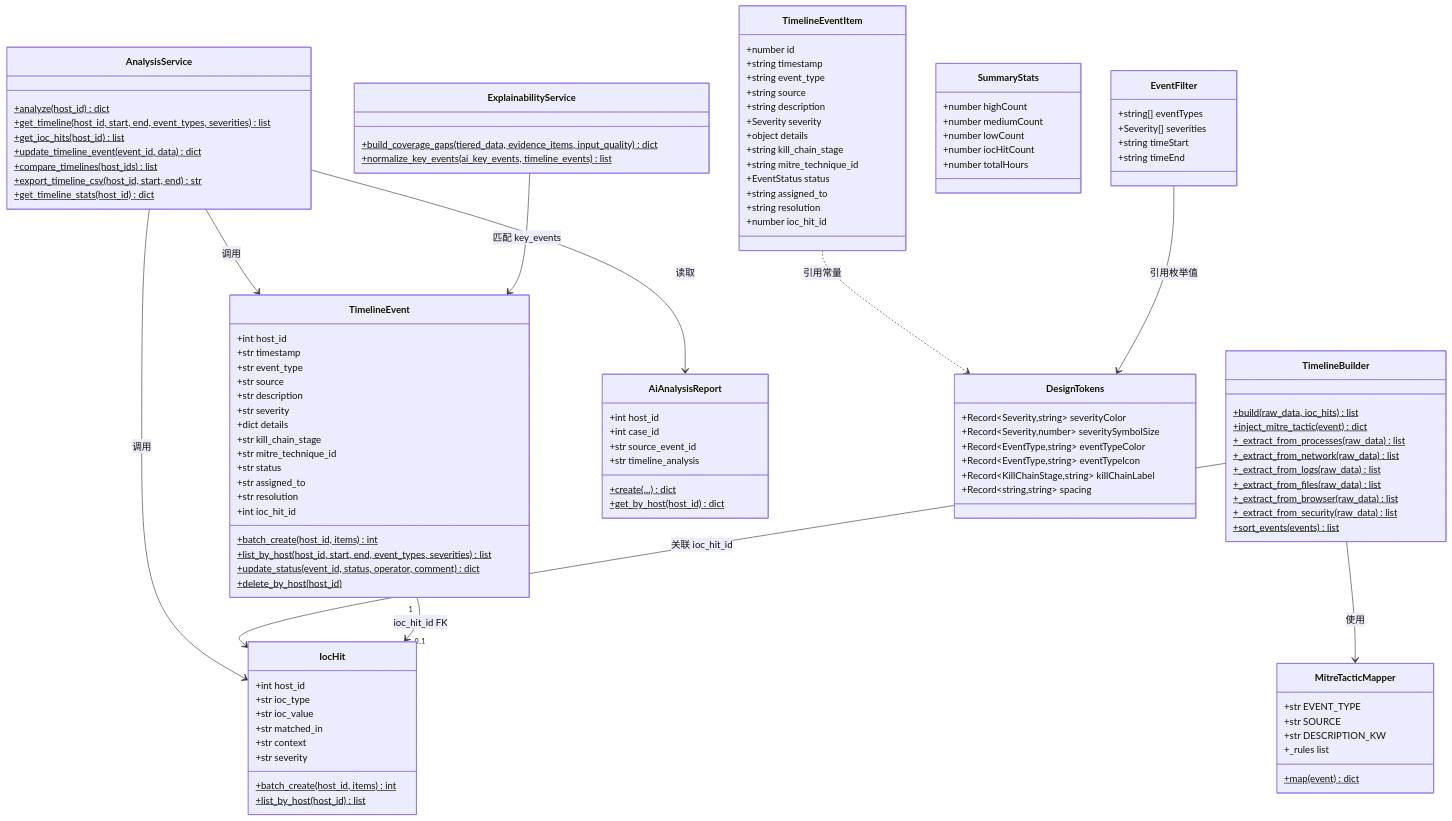
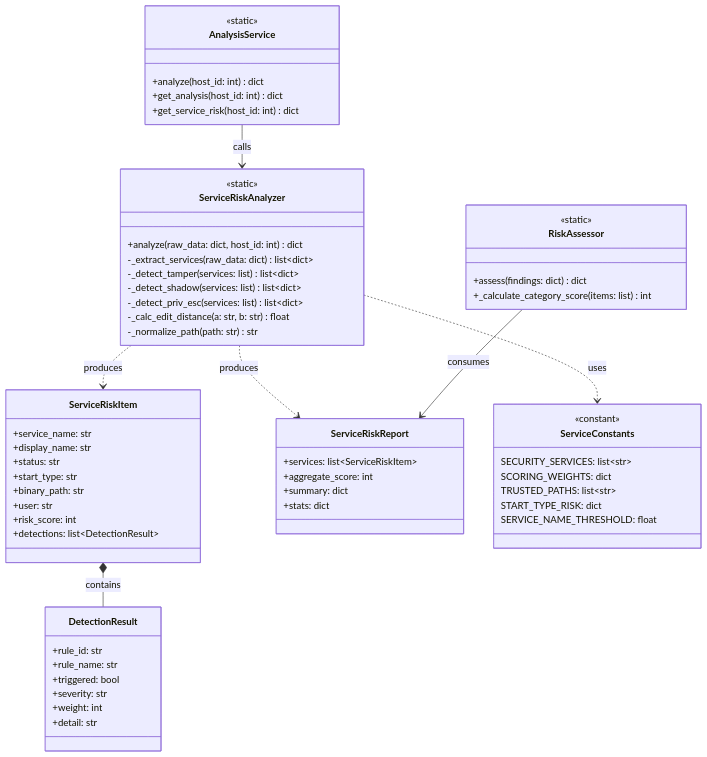
One commit to xyz0915/ir-platform changed the first of 4 diagrams in docs/system_design.md. Above: the diagram before and after it, drawn with Mermaid. The commit also changed other lines of this file and 31 other files, not shown here.

````diff
--- a/docs/system_design.md
+++ b/docs/system_design.md
@@ -129,130 +96,69 @@
 ```mermaid
 classDiagram
-    %% ── Python 后端类 ──
-    class TimelineEvent {
-        +int host_id
-        +str timestamp
-        +str event_type
-        +str source
-        +str description
-        +str severity
-        +dict details
-        +str kill_chain_stage
-        +str mitre_technique_id
-        +str status
-        +str assigned_to
-        +str resolution
-        +int ioc_hit_id
-        +batch_create(host_id, items) int$
-        +list_by_host(host_id, start, end, event_types, severities) list$
-        +update_status(event_id, status, operator, comment) dict$
-        +delete_by_host(host_id)$
+    class ServiceRiskAnalyzer {
+        <<static>>
+        +analyze(raw_data: dict, host_id: int) dict
+        -_extract_services(raw_data: dict) list~dict~
+        -_detect_tamper(services: list) list~dict~
+        -_detect_shadow(services: list) list~dict~
+        -_detect_priv_esc(services: list) list~dict~
+        -_calc_edit_distance(a: str, b: str) float
+        -_normalize_path(path: str) str
     }
 
-    class IocHit {
-        +int host_id
-        +str ioc_type
-        +str ioc_value
-        +str matched_in
-        +str context
-        +str severity
-        +batch_create(host_id, items) int$
-        +list_by_host(host_id) list$
+    class ServiceRiskItem {
+        +service_name: str
+        +display_name: str
+        +status: str
+        +start_type: str
+        +binary_path: str
+        +user: str
+        +risk_score: int
+        +detections: list~DetectionResult~
+    }
+
+    class DetectionResult {
+        +rule_id: str
+        +rule_name: str
+        +triggered: bool
+        +severity: str
+        +weight: int
+        +detail: str
+    }
+
+    class ServiceRiskReport {
+        +services: list~ServiceRiskItem~
+        +aggregate_score: int
+        +summary: dict
+        +stats: dict
+    }
+
+    class RiskAssessor {
+        <<static>>
+        +assess(findings: dict) dict
+        +_calculate_category_score(items: list) int
     }
 
     class AnalysisService {
-        +analyze(host_id) dict$
-        +get_timeline(host_id, start, end, event_types, severities) list$
-        +get_ioc_hits(host_id) list$
-        +update_timeline_event(event_id, data) dict$
-        +compare_timelines(host_ids) list$
-        +export_timeline_csv(host_id, start, end) str$
-        +get_timeline_stats(host_id) dict$
+        <<static>>
+        +analyze(host_id: int) dict
+        +get_analysis(host_id: int) dict
+        +get_service_risk(host_id: int) dict
     }
 
-    class TimelineBuilder {
-        +build(raw_data, ioc_hits) list$
-        +inject_mitre_tactic(event) dict$
-        +_extract_from_processes(raw_data) list$
-        +_extract_from_network(raw_data) list$
-        +_extract_from_logs(raw_data) list$
-        +_extract_from_files(raw_data) list$
-        +_extract_from_browser(raw_data) list$
-        +_extract_from_security(raw_data) list$
-        +sort_events(events) list$
+    class ServiceConstants {
+        <<constant>>
+        SECURITY_SERVICES: list~str~
+        SCORING_WEIGHTS: dict
+        TRUSTED_PATHS: list~str~
+        START_TYPE_RISK: dict
+        SERVICE_NAME_THRESHOLD: float
     }
 
-    class ExplainabilityService {
-        +build_coverage_gaps(tiered_data, evidence_items, input_quality) dict$
-        +normalize_key_events(ai_key_events, timeline_events) list$
-    }
-
-    class AiAnalysisReport {
-        +int host_id
-        +int case_id
-        +str source_event_id
-        +str timeline_analysis
-        +create(...) dict$
-        +get_by_host(host_id) dict$
-    }
-
-    class MitreTacticMapper {
-        +str EVENT_TYPE
-        +str SOURCE
-        +str DESCRIPTION_KW
-        +map(event) dict$
-        +_rules list
-    }
-
-    %% ── TypeScript 前端类型 ──
-    class TimelineEventItem {
-        +number id
-        +string timestamp
-        +string event_type
-        +string source
-        +string description
-        +Severity severity
-        +object details
-        +string kill_chain_stage
-        +string mitre_technique_id
-        +EventStatus status
-        +string assigned_to
-        +string resolution
-        +number ioc_hit_id
-    }
-
-    class SummaryStats {
-        +number highCount
-        +number mediumCount
-        +number lowCount
-        +number iocHitCount
-        +number totalHours
-    }
-
-    class DesignTokens {
-        +Record~Severity,string~ severityColor
-        +Record~Severity,number~ severitySymbolSize
-        +Record~EventType,string~ eventTypeColor
-        +Record~EventType,string~ eventTypeIcon
-        +Record~KillChainStage,string~ killChainLabel
-        +Record~string,string~ spacing
-    }
-
-    class EventFilter {
-        +string[] eventTypes
-        +Severity[] severities
-        +string timeStart
-        +string timeEnd
-    }
-
-    %% ── 关系 ──
-    AnalysisService --> TimelineEvent : 调用
-    AnalysisService --> IocHit : 调用
-    AnalysisService --> AiAnalysisReport : 读取
-    TimelineBuilder --> MitreTacticMapper : 使用
-    TimelineBuilder --> IocHit : 关联 ioc_hit_id
-    ExplainabilityService --> TimelineEvent : 匹配 key_events
-    TimelineEvent "1" --> "0..1" IocHit : ioc_hit_id FK
-    TimelineEventItem ..> DesignTokens : 引用常量
-    EventFilter --> DesignTokens : 引用枚举值
+    ServiceRiskAnalyzer ..> ServiceRiskItem : produces
+    ServiceRiskItem *-- DetectionResult : contains
+    ServiceRiskAnalyzer ..> ServiceRiskReport : produces
+    ServiceRiskAnalyzer ..> ServiceConstants : uses
+    AnalysisService --> ServiceRiskAnalyzer : calls
+    RiskAssessor --> ServiceRiskReport : consumes
 ```
````
